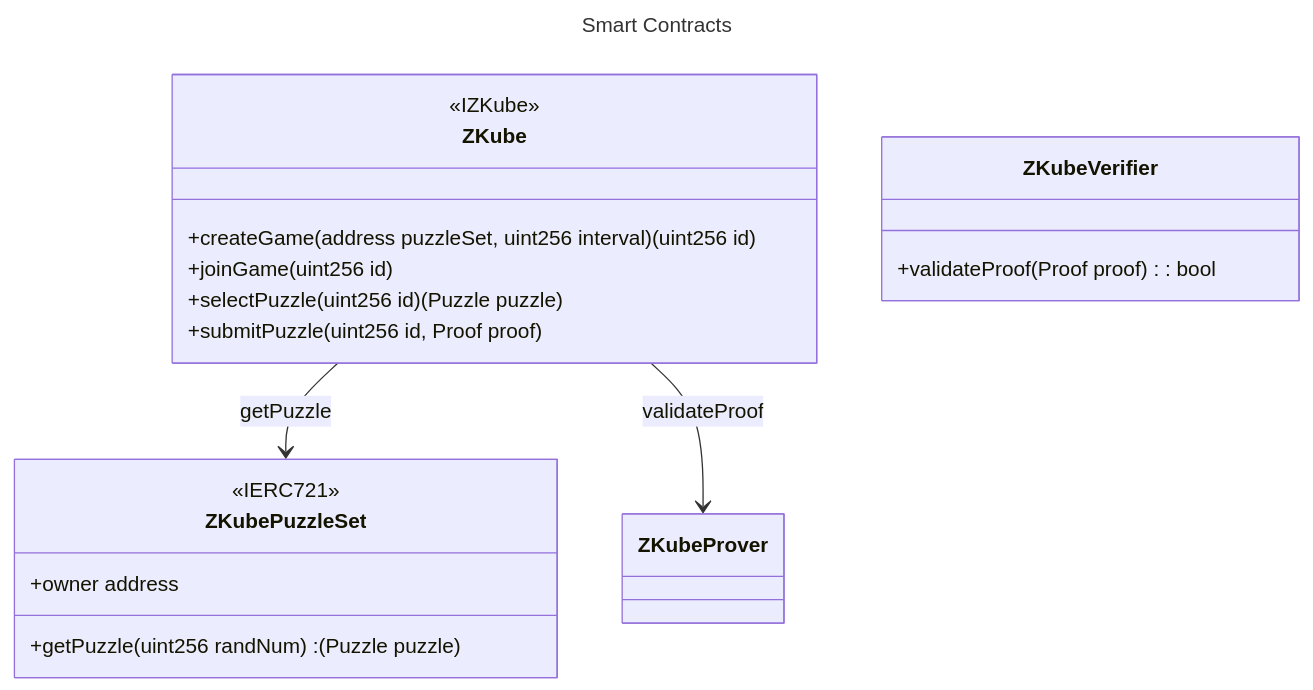
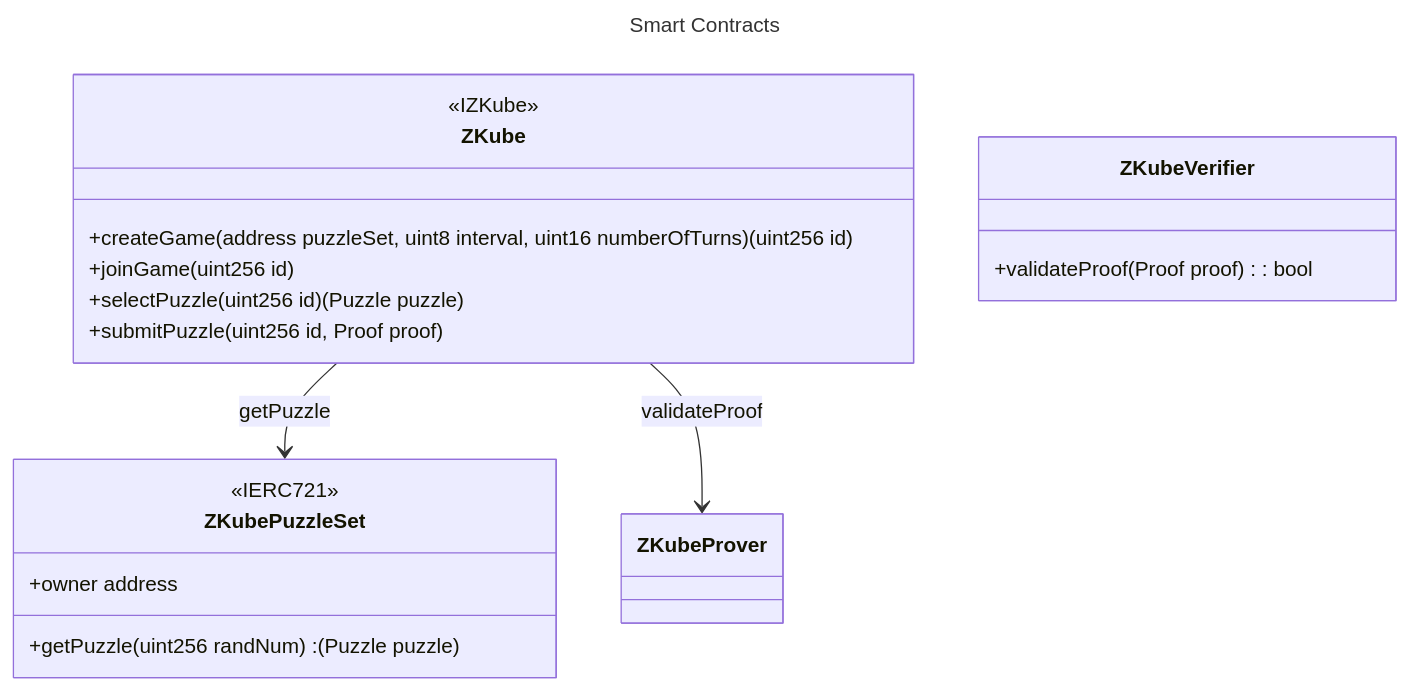
One commit to mycenaean-n/zkomposer changed the diagram in README.md. Above: the diagram before and after it, drawn with Mermaid. The commit also changed 5 other files, not shown here.

````diff
--- a/README.md
+++ b/README.md
@@ -20,29 +20,29 @@
 ```mermaid
 ---
 title: Smart Contracts
 ---
 classDiagram
 class ZKube{
     <<IZKube>>
-    +createGame(address puzzleSet, uint256 interval) (uint256 id)
+    +createGame(address puzzleSet, uint8 interval, uint16 numberOfTurns) (uint256 id)
     +joinGame(uint256 id)
     +selectPuzzle(uint256 id) (Puzzle puzzle)
     +submitPuzzle(uint256 id, Proof proof)
 }
 
 class ZKubePuzzleSet {
         <<IERC721>>
         +owner address
         +getPuzzle(uint256 randNum) : (Puzzle puzzle)
 } 
 
 ZKube --> ZKubePuzzleSet: getPuzzle
 
 class ZKubeVerifier {
     +validateProof (Proof proof) : bool
 }
 
 ZKube --> ZKubeProver: validateProof
 
 
 ```
````
